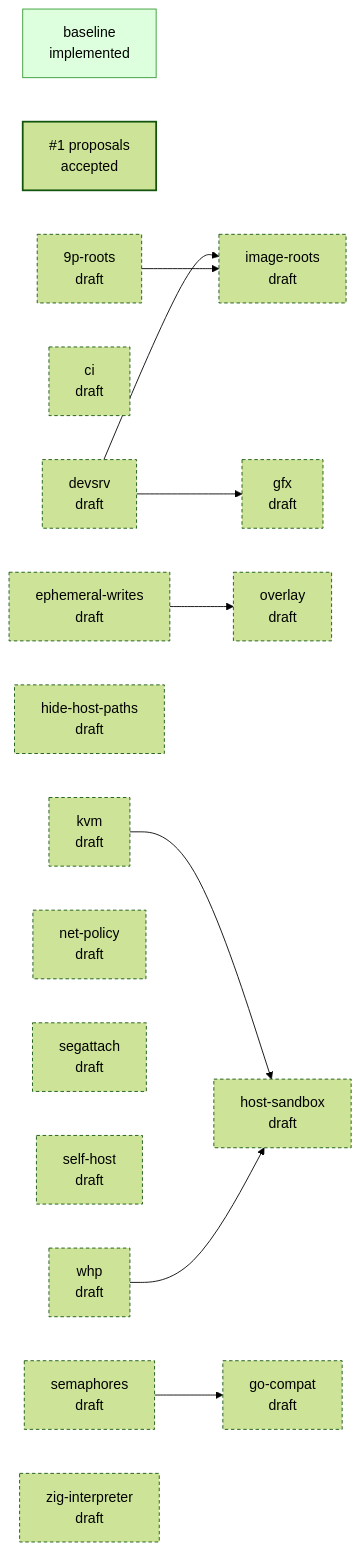
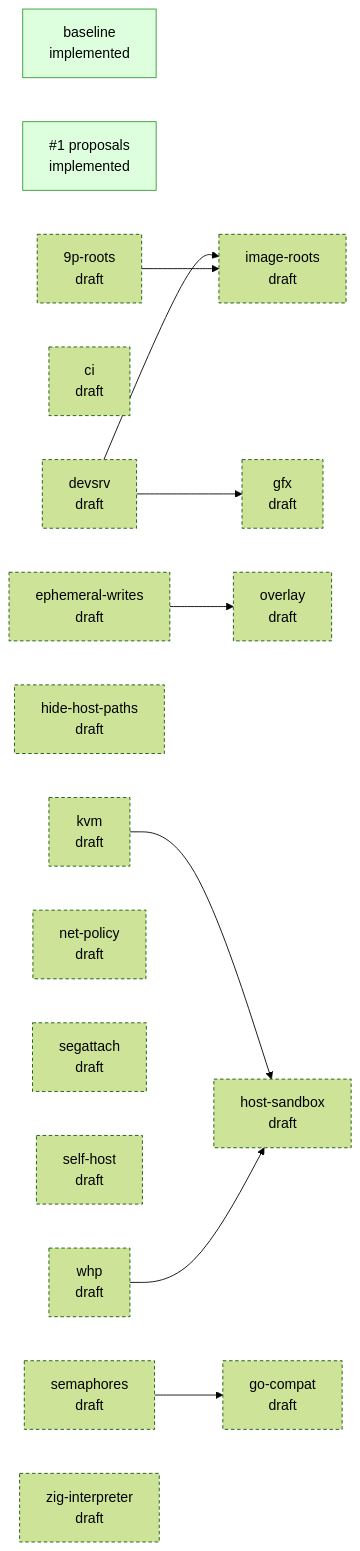
The diagram in README.md (progrium/hyper9), drawn with Mermaid (forest theme) before and after one commit. The commit also changed other lines of this file and 1 other file, not shown here.

Commit message:
design: 1 implemented

````diff
--- a/README.md
+++ b/README.md
@@ -36,33 +36,33 @@
 ```mermaid
 flowchart LR
   classDef draft stroke-dasharray: 4 3
   classDef accepted stroke-width: 2px
   classDef implemented fill:#dfd,stroke:#393
   classDef closed fill:#eee,stroke:#999,color:#777
   p_baseline["baseline<br/>implemented"]:::implemented
-  p_proposals["#35;1 proposals<br/>accepted"]:::accepted
+  p_proposals["#35;1 proposals<br/>implemented"]:::implemented
   p_9p_roots["9p-roots<br/>draft"]:::draft
   p_ci["ci<br/>draft"]:::draft
   p_devsrv["devsrv<br/>draft"]:::draft
   p_ephemeral_writes["ephemeral-writes<br/>draft"]:::draft
   p_gfx["gfx<br/>draft"]:::draft
   p_go_compat["go-compat<br/>draft"]:::draft
   p_hide_host_paths["hide-host-paths<br/>draft"]:::draft
   p_host_sandbox["host-sandbox<br/>draft"]:::draft
   p_image_roots["image-roots<br/>draft"]:::draft
   p_kvm["kvm<br/>draft"]:::draft
   p_net_policy["net-policy<br/>draft"]:::draft
   p_overlay["overlay<br/>draft"]:::draft
   p_segattach["segattach<br/>draft"]:::draft
   p_self_host["self-host<br/>draft"]:::draft
   p_semaphores["semaphores<br/>draft"]:::draft
   p_whp["whp<br/>draft"]:::draft
   p_zig_interpreter["zig-interpreter<br/>draft"]:::draft
   p_devsrv --> p_gfx
   p_semaphores --> p_go_compat
   p_kvm --> p_host_sandbox
   p_whp --> p_host_sandbox
   p_devsrv --> p_image_roots
   p_9p_roots --> p_image_roots
   p_ephemeral_writes --> p_overlay
 ```
````
